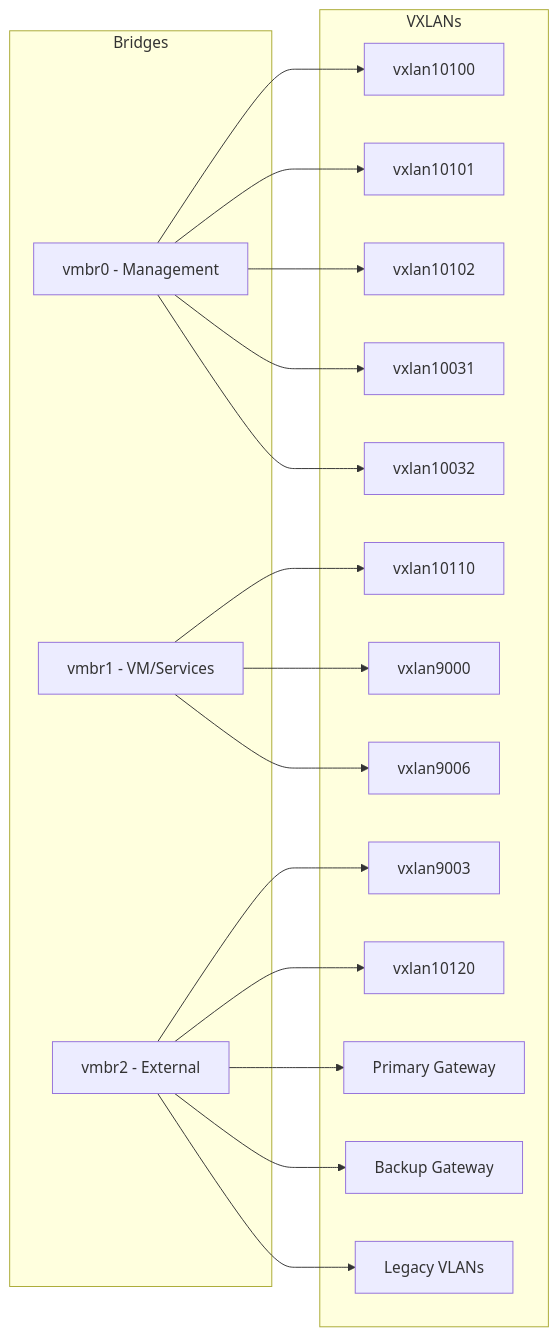
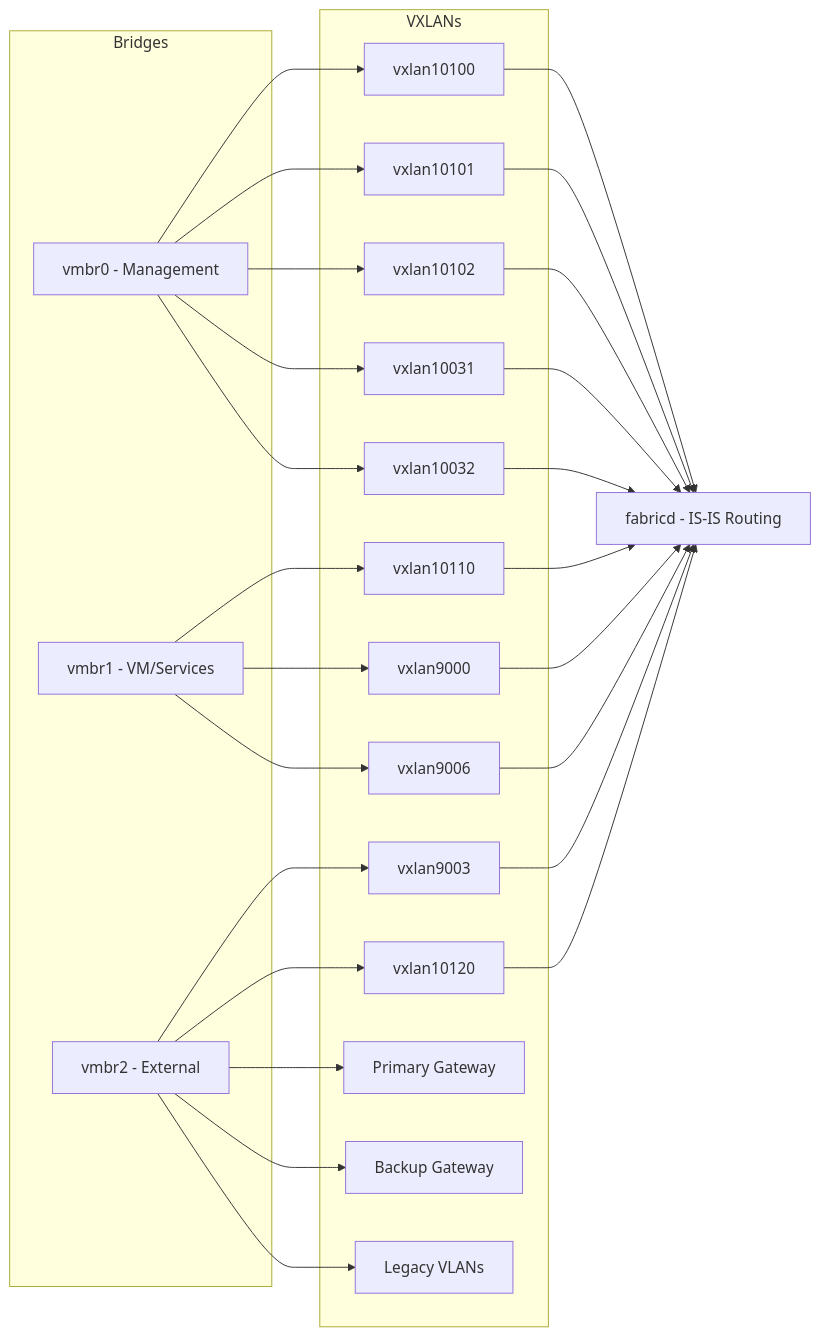
Before and after one commit to CEP-Comwell/proxmox_addons: the first of 4 diagrams in README.md, drawn with Mermaid.

Commit message:
Fabricd[fabricd - IS-IS Routing]

````diff
--- a/README.md
+++ b/README.md
@@ -18,36 +18,47 @@
 ```mermaid
 graph LR
 subgraph Bridges
 	MgmtBridge[vmbr0 - Management]
 	VMBridge[vmbr1 - VM/Services]
 	ExtBridge[vmbr2 - External]
 end
 subgraph VXLANs
 	VX10100[vxlan10100]
 	VX10101[vxlan10101]
 	VX10102[vxlan10102]
 	VXCEPH2[vxlan10031]
 	VX10032[vxlan10032]
 	VX10110[vxlan10110]
 	VX9000[vxlan9000]
 	VX9006[vxlan9006]
 	VX9003[vxlan9003]
 	VX10120[vxlan10120]
 	Gateway1[Primary Gateway]
 	Gateway2[Backup Gateway]
 	LegacyVLAN[Legacy VLANs]
 end
+Fabricd[fabricd - IS-IS Routing]
 MgmtBridge --> VX10100
 MgmtBridge --> VX10101
 MgmtBridge --> VX10102
 MgmtBridge --> VXCEPH2
 MgmtBridge --> VX10032
 VMBridge --> VX10110
 VMBridge --> VX9000
 VMBridge --> VX9006
 ExtBridge --> VX9003
 ExtBridge --> VX10120
 ExtBridge --> Gateway1
 ExtBridge --> Gateway2
 ExtBridge --> LegacyVLAN
+VX10100 --> Fabricd
+VX10101 --> Fabricd
+VX10102 --> Fabricd
+VX10110 --> Fabricd
+VX9000 --> Fabricd
+VX9006 --> Fabricd
+VX9003 --> Fabricd
+VX10120 --> Fabricd
+VXCEPH2 --> Fabricd
+VX10032 --> Fabricd
 ```
````
